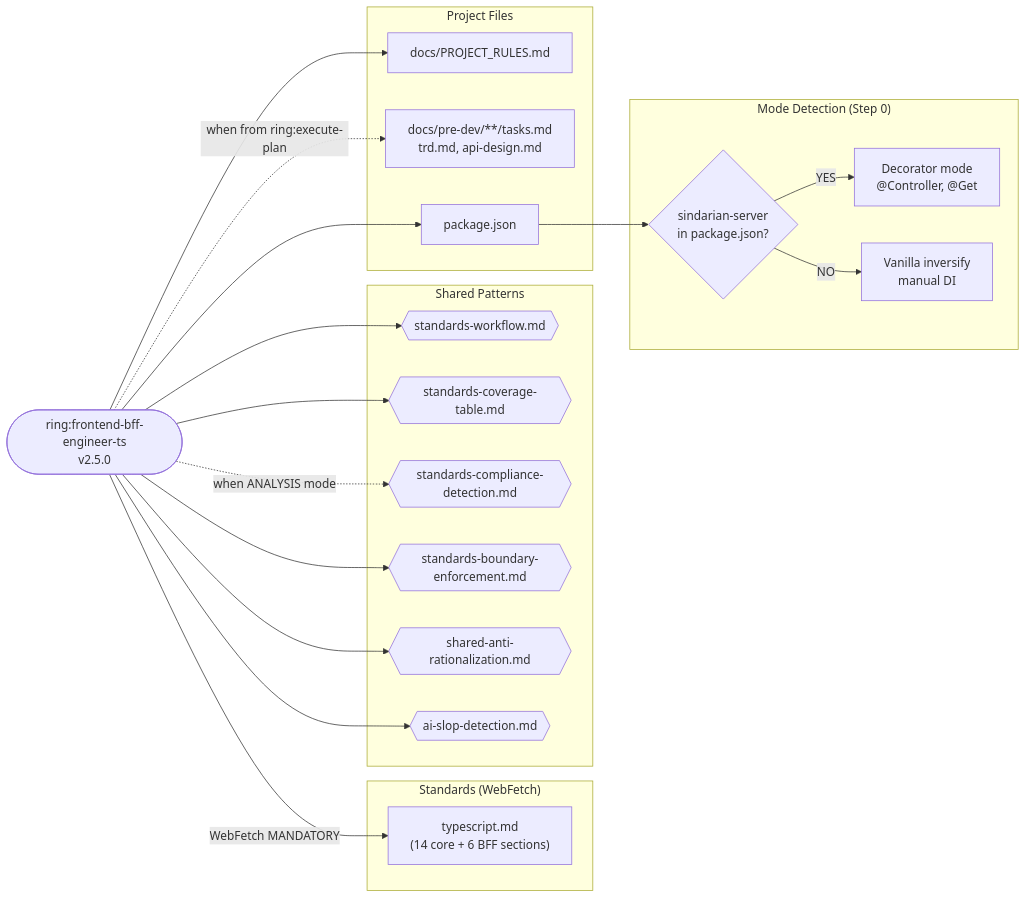
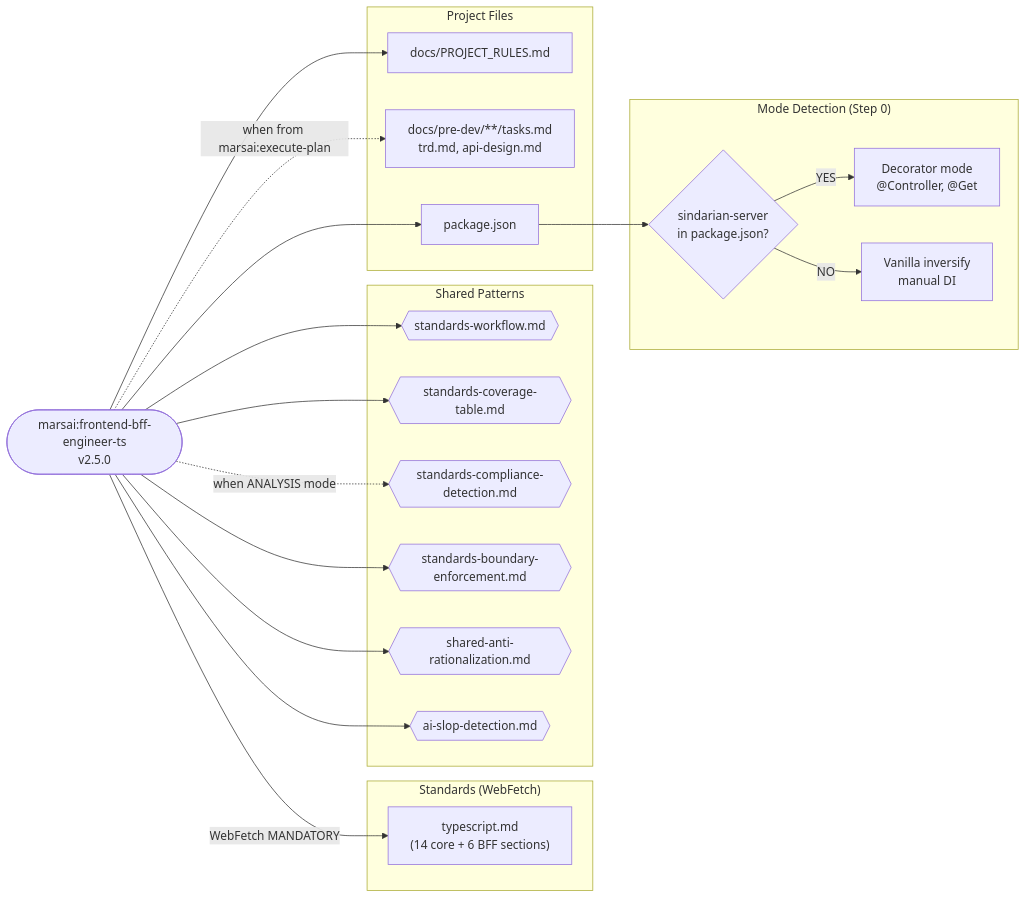
One commit to rodrigodh/ring changed the fourth of 21 diagrams in dev-team/docs/dependency-diagrams.md. Above: the diagram before and after it, drawn with Mermaid. The commit also changed other lines of this file and 203 other files, not shown here.

````diff
--- a/dev-team/docs/dependency-diagrams.md
+++ b/dev-team/docs/dependency-diagrams.md
@@ -202,39 +202,39 @@
 ```mermaid
 flowchart LR
-    agent(["ring:frontend-bff-engineer-ts<br/>v2.5.0"])
+    agent(["marsai:frontend-bff-engineer-ts<br/>v2.5.0"])
 
     subgraph Standards["Standards (WebFetch)"]
         ts["typescript.md<br/>(14 core + 6 BFF sections)"]
     end
 
     subgraph SharedPatterns["Shared Patterns"]
         sw{{"standards-workflow.md"}}
         sct{{"standards-coverage-table.md"}}
         scd{{"standards-compliance-detection.md"}}
         sbe{{"standards-boundary-enforcement.md"}}
         sar{{"shared-anti-rationalization.md"}}
         asd{{"ai-slop-detection.md"}}
     end
 
     subgraph ProjectFiles["Project Files"]
         pr["docs/PROJECT_RULES.md"]
         predev["docs/pre-dev/**/tasks.md<br/>trd.md, api-design.md"]
         pkg["package.json"]
     end
 
     subgraph ModeDetection["Mode Detection (Step 0)"]
         mode{"sindarian-server<br/>in package.json?"}
         deco["Decorator mode<br/>@Controller, @Get"]
         vanilla["Vanilla inversify<br/>manual DI"]
     end
 
     agent -->|"WebFetch MANDATORY"| ts
     agent --> sw & sct & sar & asd & sbe
     agent -.->|"when ANALYSIS mode"| scd
     agent --> pr
-    agent -.->|"when from ring:execute-plan"| predev
+    agent -.->|"when from marsai:execute-plan"| predev
     agent --> pkg
     pkg --> mode
     mode -->|"YES"| deco
     mode -->|"NO"| vanilla
 ```
````
